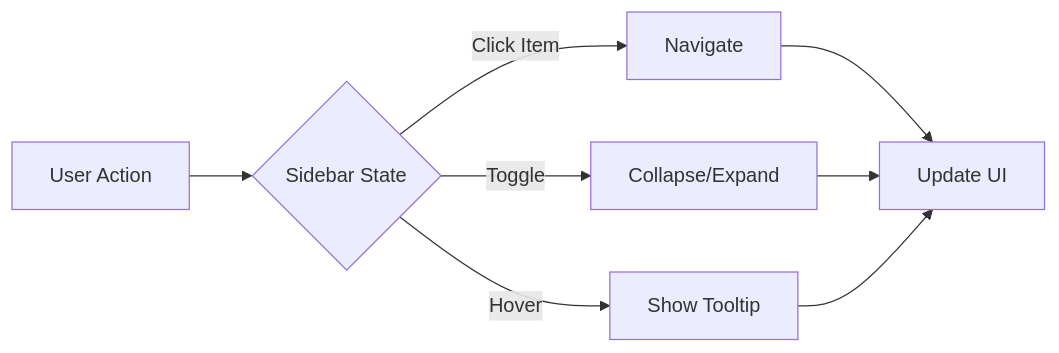
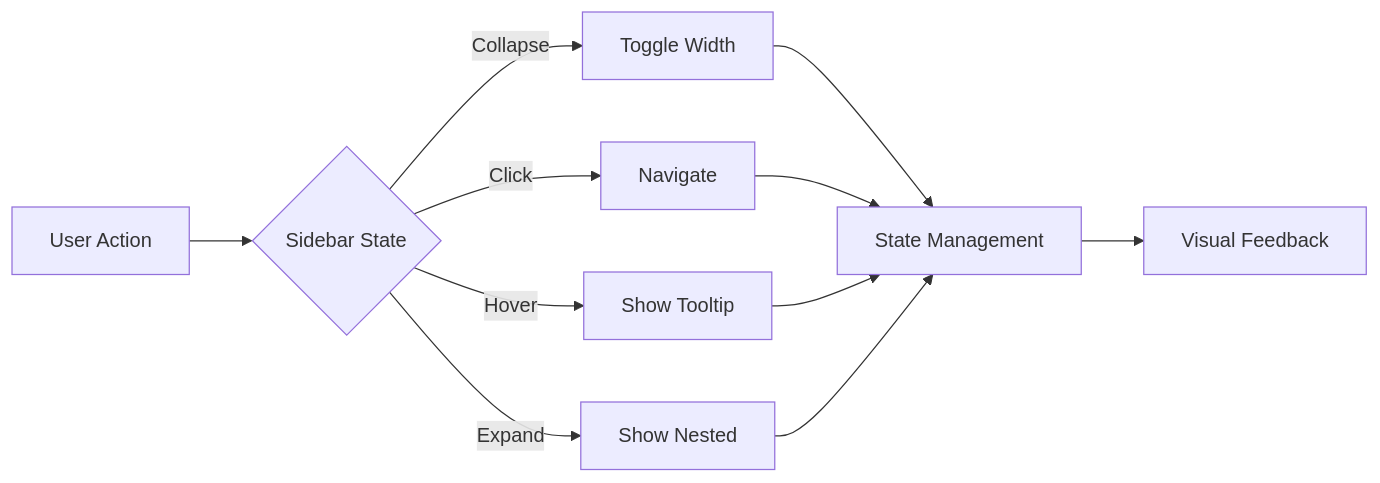
Before and after one commit to gedeza/thrive-send: the third of 3 diagrams in DOCS/components/layout/Sidebar.md, drawn with Mermaid. The commit also changed other lines of this file and 25 other files, not shown here.

````diff
--- a/DOCS/components/layout/Sidebar.md
+++ b/DOCS/components/layout/Sidebar.md
@@ -99,10 +137,15 @@
 ```mermaid
 graph LR
     A[User Action] --> B{Sidebar State}
-    B -->|Click Item| C[Navigate]
-    B -->|Toggle| D[Collapse/Expand]
+    B -->|Collapse| C[Toggle Width]
+    B -->|Click| D[Navigate]
     B -->|Hover| E[Show Tooltip]
-    C --> F[Update UI]
-    D --> F
-    E --> F
+    B -->|Expand| F[Show Nested]
+    
+    C --> G[State Management]
+    D --> G
+    E --> G
+    F --> G
+    
+    G --> H[Visual Feedback]
 ```
````
